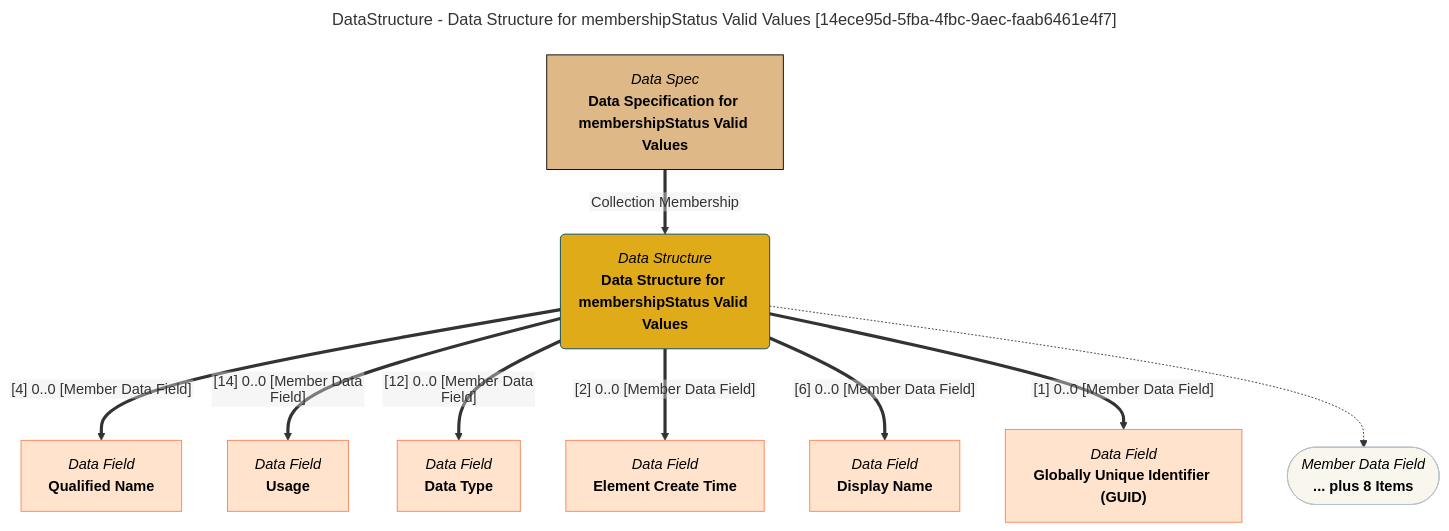
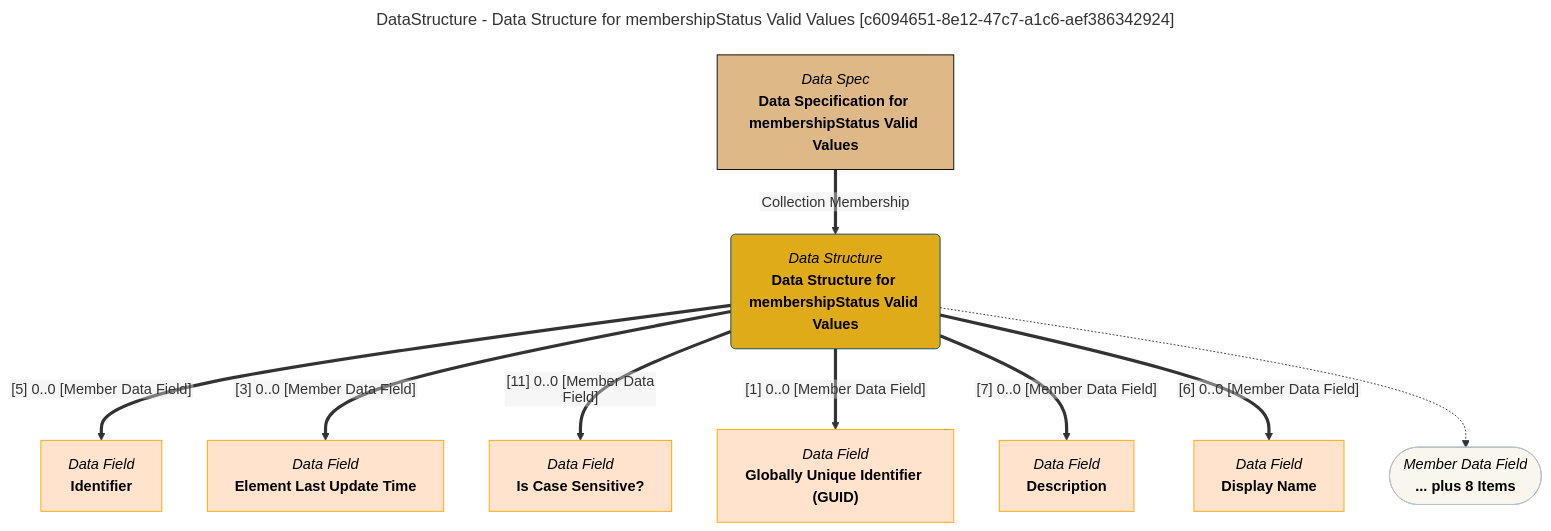
The diagram in site/snippets/data-structures/data-structure-for-membershipstatus-valid-values-mermaid-graph.md (odpi/egeria-docs), drawn with Mermaid before and after one commit. The commit also changed 2201 other files, not shown here.

````diff
--- a/site/snippets/data-structures/data-structure-for-membershipstatus-valid-values-mermaid-graph.md
+++ b/site/snippets/data-structures/data-structure-for-membershipstatus-valid-values-mermaid-graph.md
@@ -1,43 +1,43 @@
 ```mermaid
 ---
-title: DataStructure - Data Structure for membershipStatus Valid Values [14ece95d-5fba-4fbc-9aec-faab6461e4f7]
+title: DataStructure - Data Structure for membershipStatus Valid Values [c6094651-8e12-47c7-a1c6-aef386342924]
 ---
 flowchart TD
 %%{init: {"flowchart": {"htmlLabels": false}} }%%
 
 1@{ shape: rounded, label: "*Data Structure*
 **Data Structure for membershipStatus Valid Values**"}
 2@{ shape: rect, label: "*Data Spec*
 **Data Specification for membershipStatus Valid Values**"}
 2==>|"Collection Membership"|1
 3@{ shape: rect, label: "*Data Field*
-**Qualified Name**"}
-1==>|"[4] 0..0 [Member Data Field]"|3
+**Identifier**"}
+1==>|"[5] 0..0 [Member Data Field]"|3
 4@{ shape: rect, label: "*Data Field*
-**Usage**"}
-1==>|"[14] 0..0 [Member Data Field]"|4
+**Element Last Update Time**"}
+1==>|"[3] 0..0 [Member Data Field]"|4
 5@{ shape: rect, label: "*Data Field*
-**Data Type**"}
-1==>|"[12] 0..0 [Member Data Field]"|5
+**Is Case Sensitive?**"}
+1==>|"[11] 0..0 [Member Data Field]"|5
 6@{ shape: rect, label: "*Data Field*
-**Element Create Time**"}
-1==>|"[2] 0..0 [Member Data Field]"|6
+**Globally Unique Identifier (GUID)**"}
+1==>|"[1] 0..0 [Member Data Field]"|6
 7@{ shape: rect, label: "*Data Field*
+**Description**"}
+1==>|"[7] 0..0 [Member Data Field]"|7
+8@{ shape: rect, label: "*Data Field*
 **Display Name**"}
-1==>|"[6] 0..0 [Member Data Field]"|7
-8@{ shape: rect, label: "*Data Field*
-**Globally Unique Identifier (GUID)**"}
-1==>|"[1] 0..0 [Member Data Field]"|8
+1==>|"[6] 0..0 [Member Data Field]"|8
 9@{ shape: stadium, label: "*Member Data Field*
 **... plus 8 Items**"}
 1-.->9
 style 1 color:#000000, fill:#e0ab18, stroke:#004563
-style 2 color:#000000, fill:#deb887, stroke:#000000
-style 3 color:#000000, fill:#ffe3cc, stroke:#f9845b
-style 4 color:#000000, fill:#ffe3cc, stroke:#f9845b
-style 5 color:#000000, fill:#ffe3cc, stroke:#f9845b
-style 6 color:#000000, fill:#ffe3cc, stroke:#f9845b
-style 7 color:#000000, fill:#ffe3cc, stroke:#f9845b
-style 8 color:#000000, fill:#ffe3cc, stroke:#f9845b
+style 2 color:#000000, fill:#DEB887, stroke:#000000
+style 3 color:#000000, fill:#ffe3cc, stroke:#FFA500
+style 4 color:#000000, fill:#ffe3cc, stroke:#FFA500
+style 5 color:#000000, fill:#ffe3cc, stroke:#FFA500
+style 6 color:#000000, fill:#ffe3cc, stroke:#FFA500
+style 7 color:#000000, fill:#ffe3cc, stroke:#FFA500
+style 8 color:#000000, fill:#ffe3cc, stroke:#FFA500
 style 9 color:#000000, fill:#F9F7ED, stroke:#b7c0c7
 ```
````
